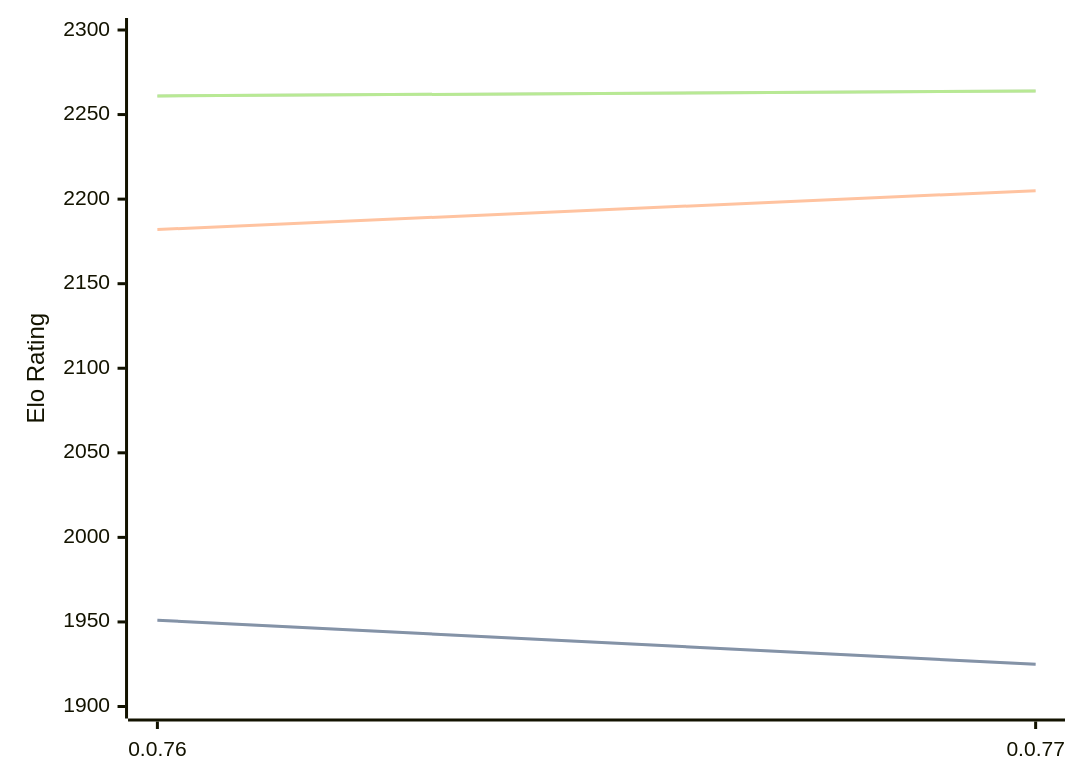
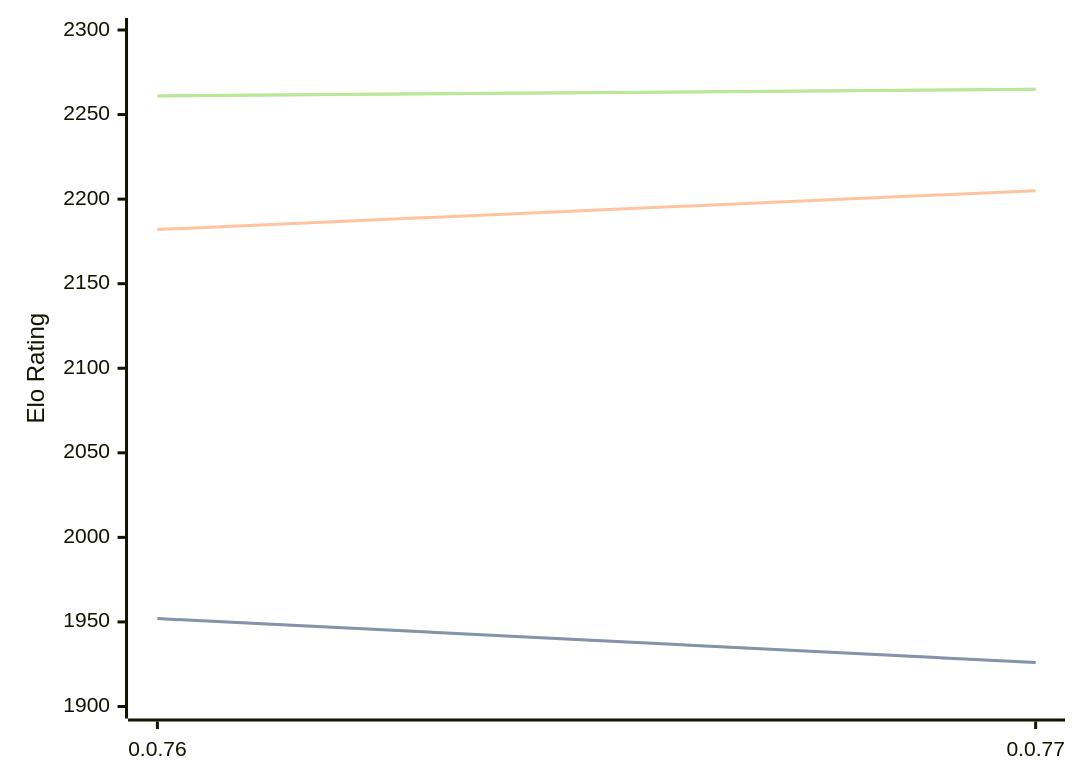
The diagram in engines/Fktb.md (computer-chess-index/cci), drawn with Mermaid before and after one commit. The commit also changed other lines of this file, not shown here.

Commit message:
Update CCI Ratings (ELO VLTC) - 2026-02-18

````diff
--- a/engines/Fktb.md
+++ b/engines/Fktb.md
@@ -29,11 +29,11 @@
 ```mermaid
 %%{init: {"theme":"base","themeVariables":{"seriesColors:['#a3a3a3','#222221','#faa371']}}}%%
 xychart-beta
   x-axis ["0.0.76", "0.0.77"]
   y-axis "Elo Rating" 1900 --> 2300
-  line "STC (8.0+0.08s)" [1951, 1925]
-  line "STC (8.0+0.08s)" [1951, 1925]
+  line "STC (8.0+0.08s)" [1952, 1926]
+  line "STC (8.0+0.08s)" [1952, 1926]
   line "LTC (60.0+0.60s)" [2182, 2205]
-  line "VLTC (2m24s+1.12s)" [2261, 2264]
-  line "VLTC (2m24s+1.12s)" [2261, 2264]
+  line "VLTC (2m24s+1.12s)" [2261, 2265]
+  line "VLTC (2m24s+1.12s)" [2261, 2265]
 ```
````
